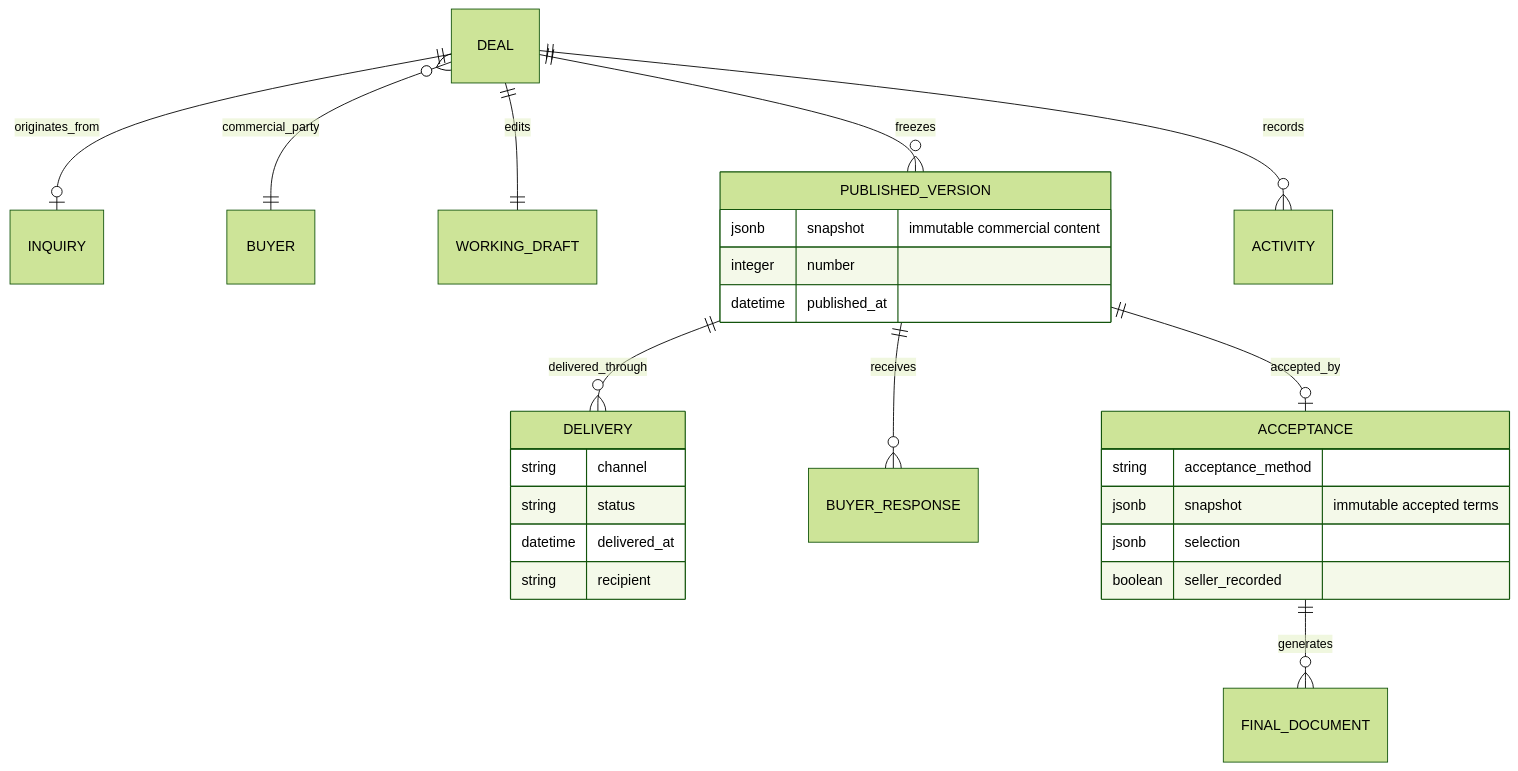
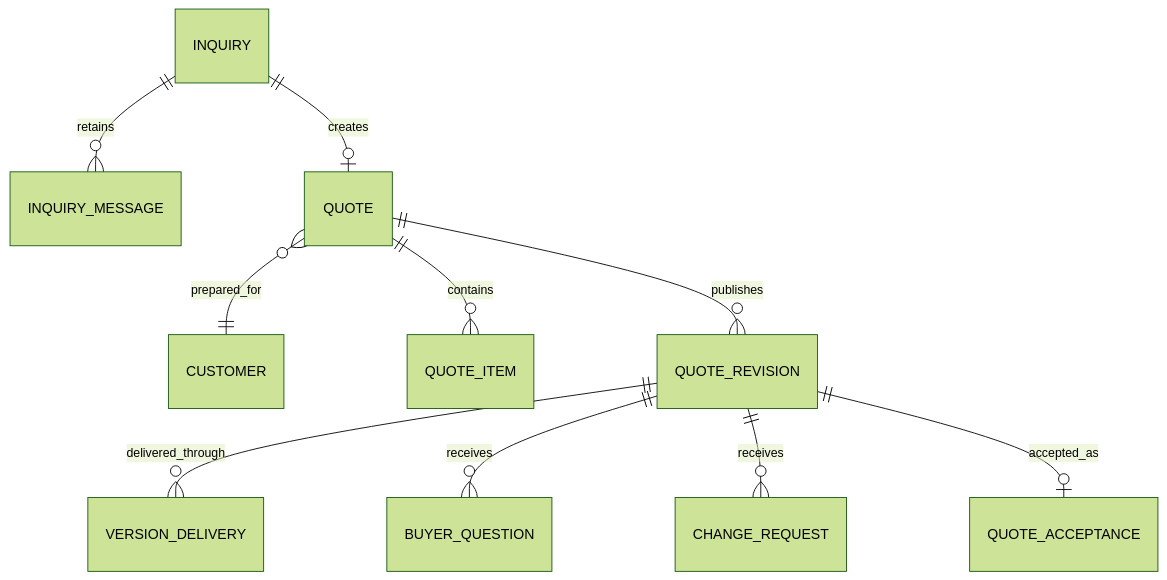
One commit to razuberiii/quote_app changed the diagram in docs/architecture/deal-business-objects.md. Above: the diagram before and after it, drawn with Mermaid (forest theme). The commit also changed other lines of this file and 21 other files, not shown here.

````diff
--- a/docs/architecture/deal-business-objects.md
+++ b/docs/architecture/deal-business-objects.md
@@ -3,30 +3,12 @@
 ```mermaid
 erDiagram
-  DEAL ||--o| INQUIRY : originates_from
-  DEAL }o--|| BUYER : commercial_party
-  DEAL ||--|| WORKING_DRAFT : edits
-  DEAL ||--o{ PUBLISHED_VERSION : freezes
-  PUBLISHED_VERSION ||--o{ DELIVERY : delivered_through
-  PUBLISHED_VERSION ||--o{ BUYER_RESPONSE : receives
-  PUBLISHED_VERSION ||--o| ACCEPTANCE : accepted_by
-  ACCEPTANCE ||--o{ FINAL_DOCUMENT : generates
-  DEAL ||--o{ ACTIVITY : records
-
-  PUBLISHED_VERSION {
-    jsonb snapshot "immutable commercial content"
-    integer number
-    datetime published_at
-  }
-  DELIVERY {
-    string channel
-    string status
-    datetime delivered_at
-    string recipient
-  }
-  ACCEPTANCE {
-    string acceptance_method
-    jsonb snapshot "immutable accepted terms"
-    jsonb selection
-    boolean seller_recorded
-  }
+  INQUIRY ||--o{ INQUIRY_MESSAGE : retains
+  INQUIRY ||--o| QUOTE : creates
+  QUOTE }o--|| CUSTOMER : prepared_for
+  QUOTE ||--o{ QUOTE_ITEM : contains
+  QUOTE ||--o{ QUOTE_REVISION : publishes
+  QUOTE_REVISION ||--o{ VERSION_DELIVERY : delivered_through
+  QUOTE_REVISION ||--o{ BUYER_QUESTION : receives
+  QUOTE_REVISION ||--o{ CHANGE_REQUEST : receives
+  QUOTE_REVISION ||--o| QUOTE_ACCEPTANCE : accepted_as
 ```
````
